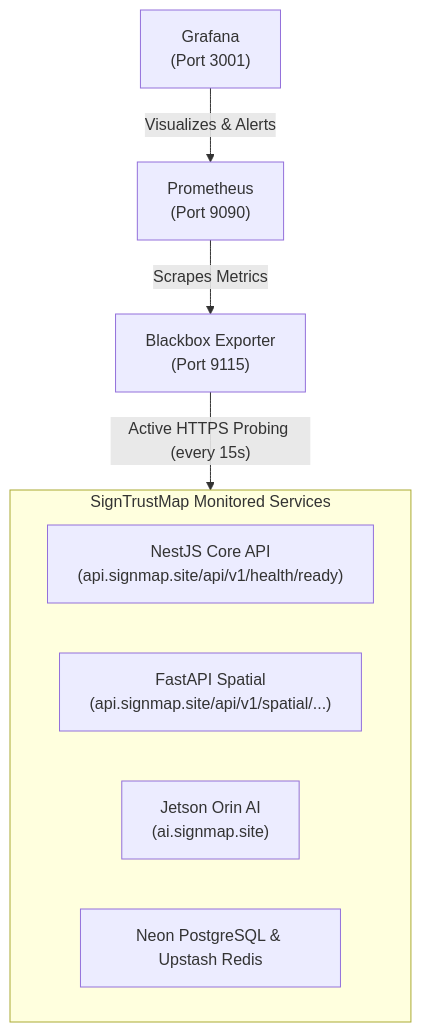
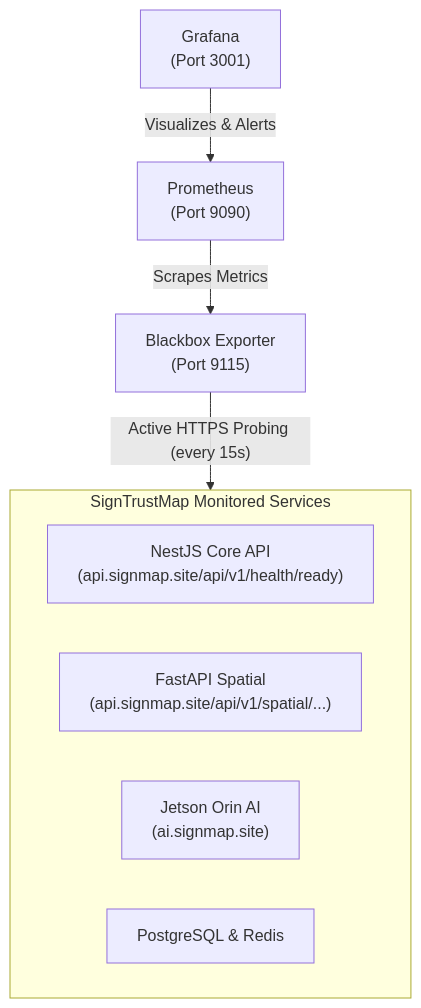
Before and after one commit to SignTrustMap/signtrustmap-backend: the diagram in infra/monitoring/README.md, drawn with Mermaid. The commit also changed other lines of this file and 11 other files, not shown here.

Commit message:
fix(reviews): ensure schema integrity for queue endpoint and cull neon references

````diff
--- a/infra/monitoring/README.md
+++ b/infra/monitoring/README.md
@@ -9,17 +9,17 @@
 ```mermaid
 flowchart TD
     subgraph Targets["SignTrustMap Monitored Services"]
         CORE["NestJS Core API<br/>(api.signmap.site/api/v1/health/ready)"]
         SPATIAL["FastAPI Spatial<br/>(api.signmap.site/api/v1/spatial/...)"]
         AI["Jetson Orin AI<br/>(ai.signmap.site)"]
-        DB["Neon PostgreSQL & Upstash Redis"]
+        DB["PostgreSQL & Redis"]
     end
 
     BLACKBOX["Blackbox Exporter<br/>(Port 9115)"]
     PROMETHEUS["Prometheus<br/>(Port 9090)"]
     GRAFANA["Grafana<br/>(Port 3001)"]
 
     BLACKBOX -->|"Active HTTPS Probing (every 15s)"| Targets
     PROMETHEUS -->|"Scrapes Metrics"| BLACKBOX
     GRAFANA -->|"Visualizes & Alerts"| PROMETHEUS
 ```
````
